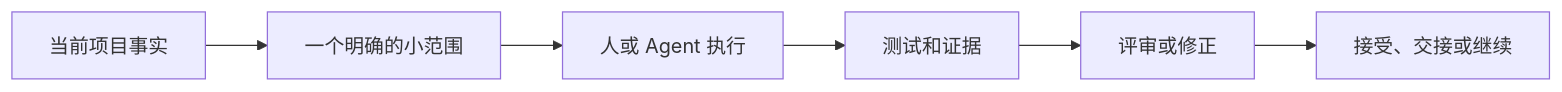
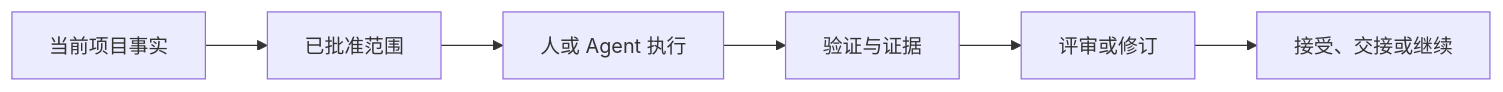
The diagram in README.zh-CN.md (JoeKeepGo/SAGE-Kit), drawn with Mermaid before and after one commit. The commit also changed other lines of this file and 132 other files, not shown here.

````diff
--- a/README.zh-CN.md
+++ b/README.zh-CN.md
@@ -172,8 +87,8 @@
 ```mermaid
 flowchart LR
-  A["当前项目事实"] --> B["一个明确的小范围"]
+  A["当前项目事实"] --> B["已批准范围"]
   B --> C["人或 Agent 执行"]
-  C --> D["测试和证据"]
-  D --> E["评审或修正"]
+  C --> D["验证与证据"]
+  D --> E["评审或修订"]
   E --> F["接受、交接或继续"]
 ```
````
